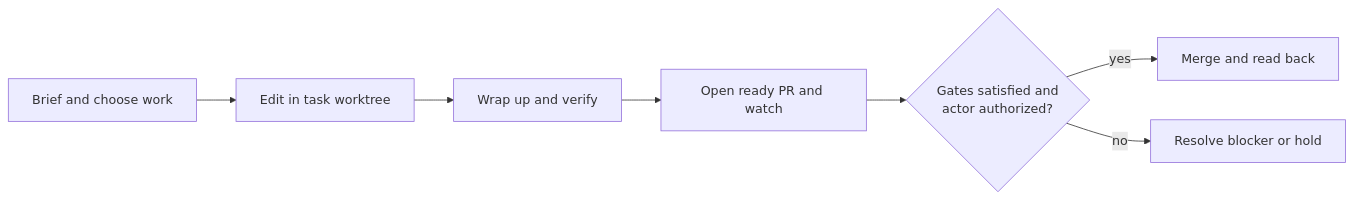
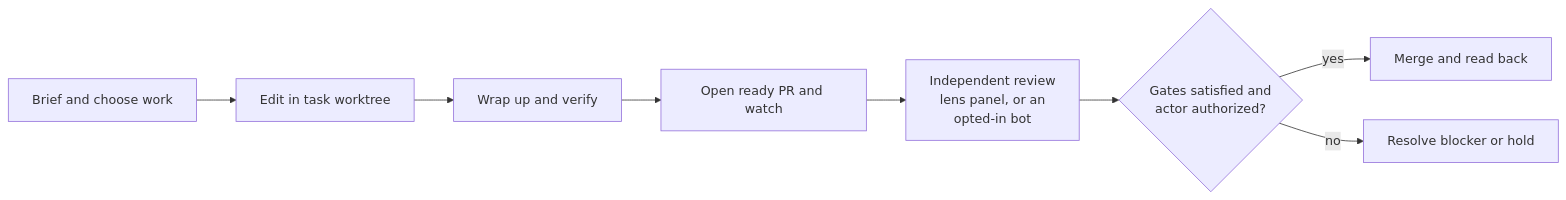
The first of 3 diagrams in README.md (topij/agentic-dev-kit), drawn with Mermaid before and after one commit. The commit also changed other lines of this file and 6 other files, not shown here.

First line of the commit message:
docs: bring reader guides and diagrams up to date with lane, review and cleanup work (#1295)

````diff
--- a/README.md
+++ b/README.md
@@ -65,9 +65,10 @@
 ```mermaid
 flowchart LR
     Start["Brief and choose work"] --> Work["Edit in task worktree"]
     Work --> Record["Wrap up and verify"]
     Record --> Review["Open ready PR and watch"]
-    Review --> Decision{"Gates satisfied and<br/>actor authorized?"}
+    Review --> Independent["Independent review<br/>lens panel, or an<br/>opted-in bot"]
+    Independent --> Decision{"Gates satisfied and<br/>actor authorized?"}
     Decision -->|yes| Merge["Merge and read back"]
     Decision -->|no| Hold["Resolve blocker or hold"]
 ```
````
